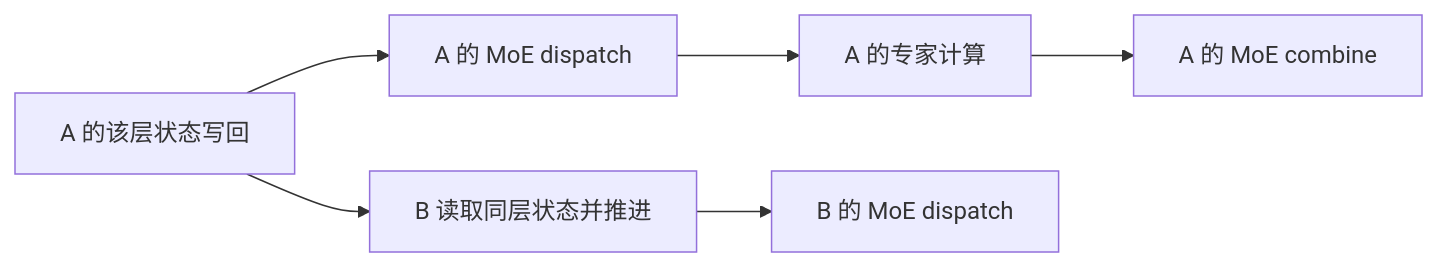
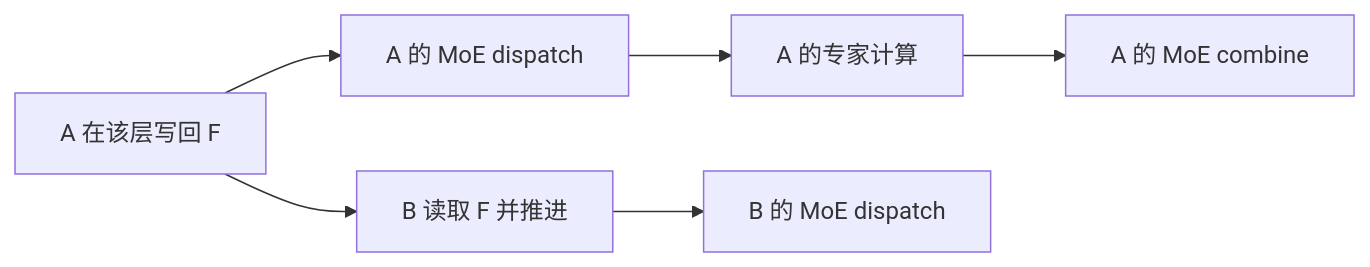
The diagram in README.md (YuHanWu-Fox/qwen_vllm_lab), drawn with Mermaid before and after one commit. The commit also changed other lines of this file and 2 other files, not shown here.

````diff
--- a/README.md
+++ b/README.md
@@ -52,8 +50,7 @@
 ```mermaid
 flowchart LR
-    AS["A 的该层状态写回"] --> AD["A 的 MoE dispatch"]
-    AS --> BS["B 读取同层状态并推进"]
-    AD --> AE["A 的专家计算"]
+    AS["A 在该层写回 F"] --> BS["B 读取 F 并推进"]
+    AS --> AD["A 的 MoE dispatch"]
+    AD --> AE["A 的专家计算"] --> AC["A 的 MoE combine"]
     BS --> BD["B 的 MoE dispatch"]
-    AE --> AC["A 的 MoE combine"]
 ```
````
